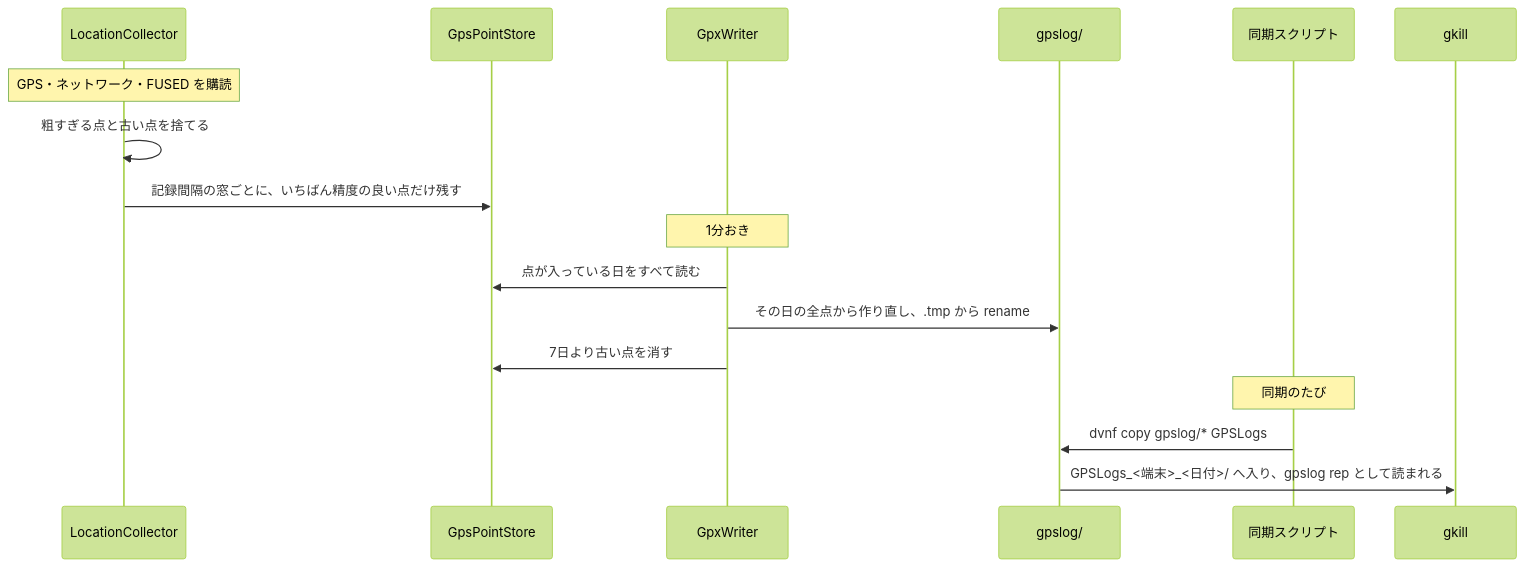
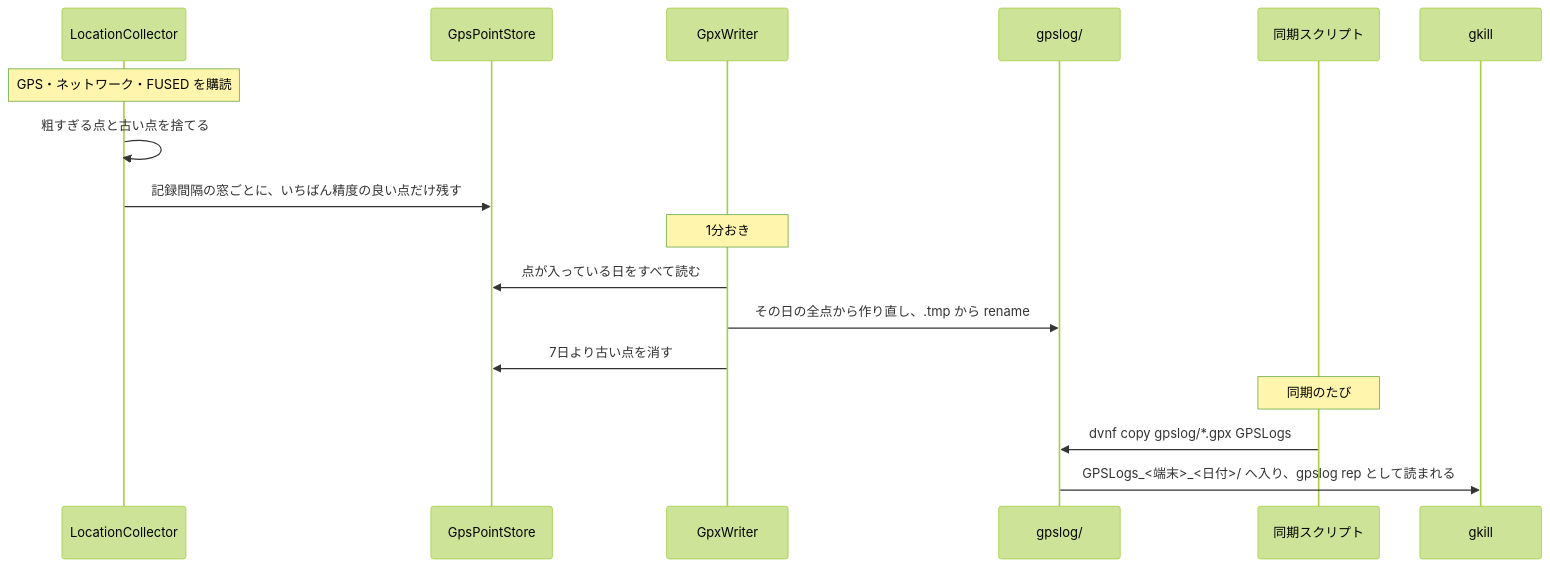
One commit to mt3hr/gkill_autolog changed the fourth of 6 diagrams in documents/reverse/sequence-diagrams.md. Above: the diagram before and after it, drawn with Mermaid (forest theme). The commit also changed other lines of this file and 25 other files, not shown here.

````diff
--- a/documents/reverse/sequence-diagrams.md
+++ b/documents/reverse/sequence-diagrams.md
@@ -111,22 +111,22 @@
 ```mermaid
 sequenceDiagram
     participant L as LocationCollector
     participant P as GpsPointStore
     participant W as GpxWriter
     participant S as gpslog/
     participant Y as 同期スクリプト
     participant G as gkill
 
     Note over L: GPS・ネットワーク・FUSED を購読
     L->>L: 粗すぎる点と古い点を捨てる
     L->>P: 記録間隔の窓ごとに、いちばん精度の良い点だけ残す
 
     Note over W: 1分おき
     W->>P: 点が入っている日をすべて読む
     W->>S: その日の全点から作り直し、.tmp から rename
     W->>P: 7日より古い点を消す
 
     Note over Y: 同期のたび
-    Y->>S: dvnf copy gpslog/* GPSLogs
+    Y->>S: dvnf copy gpslog/*.gpx GPSLogs
     S->>G: GPSLogs_<端末>_<日付>/ へ入り、gpslog rep として読まれる
 ```
````
